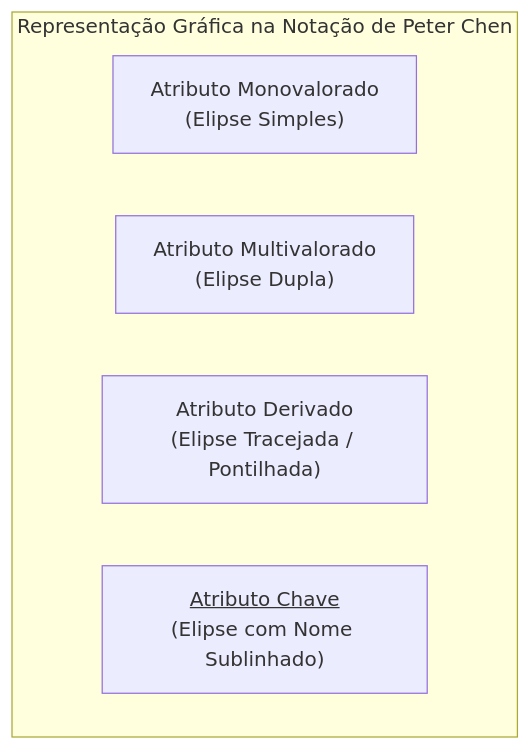
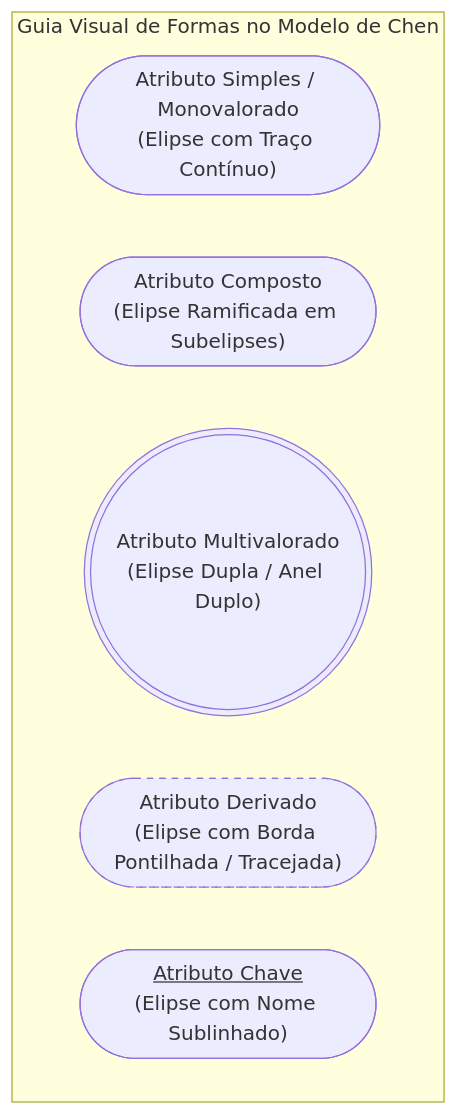
One commit to leorruas/puc changed the fourth of 8 diagrams in 02. Modelagem de Dados/05. Modelagem de entidades e tipos de atributos.md. Above: the diagram before and after it, drawn with Mermaid. The commit also changed other lines of this file, not shown here.

Commit message:
feat(modelagem-dados): render exact Peter Chen geometric shapes in Mermaid (ellipses, double rings, dashed borders, underlines)

````diff
--- a/02. Modelagem de Dados/05. Modelagem de entidades e tipos de atributos.md
+++ b/02. Modelagem de Dados/05. Modelagem de entidades e tipos de atributos.md
@@ -172,9 +128,12 @@
 ```mermaid
 flowchart TD
-    subgraph SubgraphNotacaoChen["Representação Gráfica na Notação de Peter Chen"]
-        Mono["Atributo Monovalorado<br>(Elipse Simples)"]
-        Multi["Atributo Multivalorado<br>(Elipse Dupla)"]
-        Deriv["Atributo Derivado<br>(Elipse Tracejada / Pontilhada)"]
-        Chave["<u>Atributo Chave</u><br>(Elipse com Nome Sublinhado)"]
+    subgraph SubgraphFormasChen["Guia Visual de Formas no Modelo de Chen"]
+        SimpVisual(["Atributo Simples / Monovalorado<br>(Elipse com Traço Contínuo)"])
+        CompVisual(["Atributo Composto<br>(Elipse Ramificada em Subelipses)"])
+        MultiVisual((("Atributo Multivalorado<br>(Elipse Dupla / Anel Duplo)")))
+        DerivVisual(["Atributo Derivado<br>(Elipse com Borda Pontilhada / Tracejada)"])
+        ChaveVisual(["<u>Atributo Chave</u><br>(Elipse com Nome Sublinhado)"])
     end
+
+    style DerivVisual stroke-dasharray: 5 5
 ```
````
